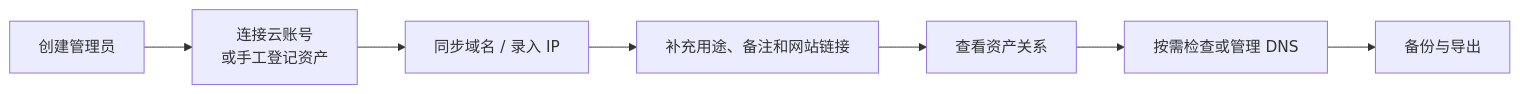
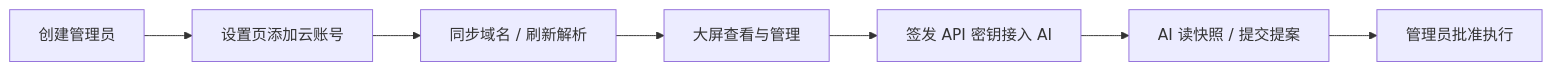
The first of 2 diagrams in README.md (wuxiumu/AI-Domain-Manager), drawn with Mermaid before and after one commit. The commit also changed other lines of this file and 182 other files, not shown here.

First line of the commit message:
产品收敛：大屏双视图全能力 + AI 接口面成型（v1.3.x 迭代）

````diff
--- a/README.md
+++ b/README.md
@@ -57,9 +28,9 @@
 ```mermaid
 flowchart LR
-    A[创建管理员] --> B[连接云账号<br/>或手工登记资产]
-    B --> C[同步域名 / 录入 IP]
-    C --> D[补充用途、备注和网站链接]
-    D --> E[查看资产关系]
-    E --> F[按需检查或管理 DNS]
-    F --> G[备份与导出]
+    A[创建管理员] --> B[设置页添加云账号]
+    B --> C[同步域名 / 刷新解析]
+    C --> D[大屏查看与管理]
+    D --> E[签发 API 密钥接入 AI]
+    E --> F[AI 读快照 / 提交提案]
+    F --> G[管理员批准执行]
 ```
````
